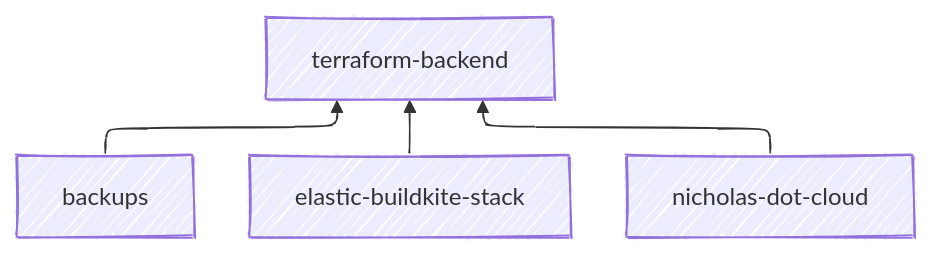
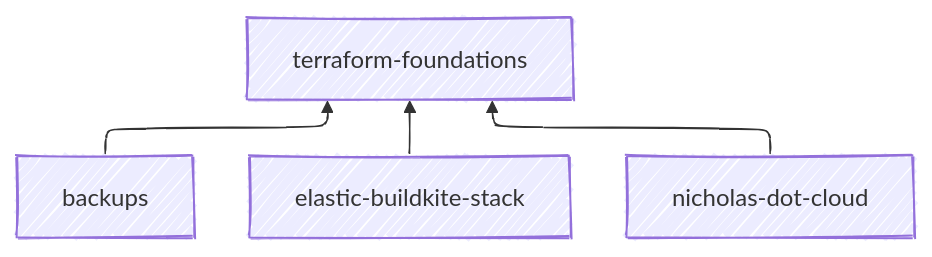
One commit to nchlswhttkr/hosting changed the diagram in README.md. Above: the diagram before and after it, drawn with Mermaid. The commit also changed other lines of this file and 8 other files, not shown here.

Commit message:
Rename Terraform foundations project

````diff
--- a/README.md
+++ b/README.md
@@ -32,11 +32,11 @@
 ```mermaid
 ---
 config:
   look: handDrawn
 ---
 
 flowchart-elk BT
-  backups --> terraform-backend
-  elastic-buildkite-stack --> terraform-backend
-  nicholas-dot-cloud --> terraform-backend
+  backups --> terraform-foundations
+  elastic-buildkite-stack --> terraform-foundations
+  nicholas-dot-cloud --> terraform-foundations
 ```
````
